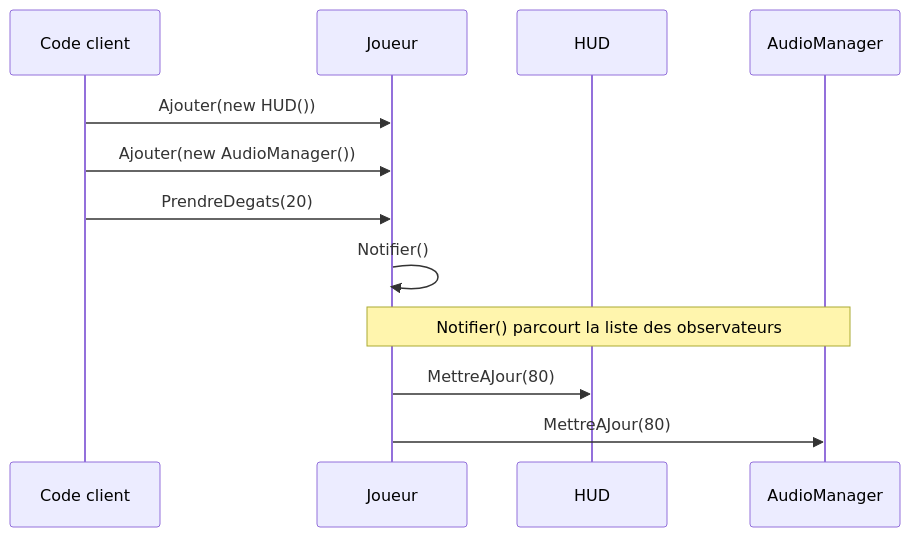
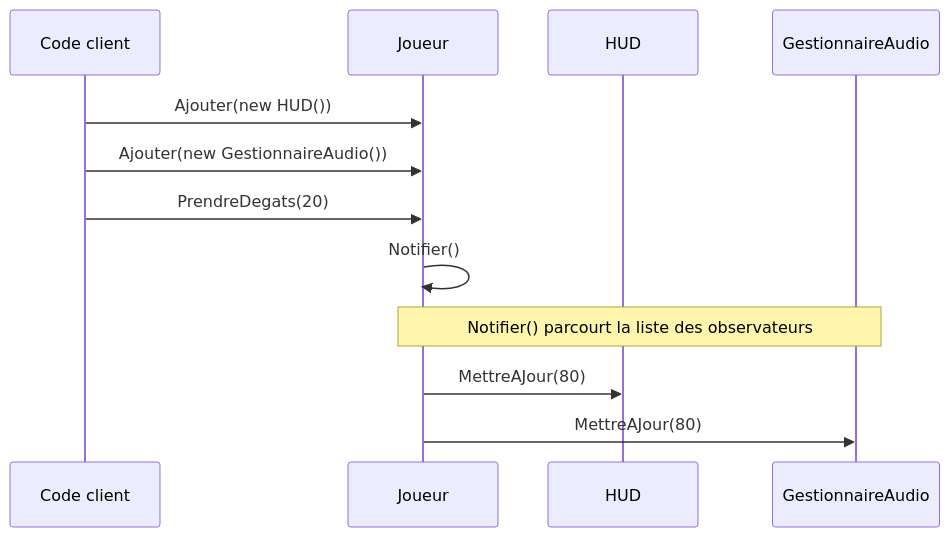
Before and after one commit to JulesGilli/object-oriented-programming-course: the second of 2 diagrams in Chapitre 2/Partie III — Patterns Comportementaux/7. Observer.md, drawn with Mermaid. The commit also changed other lines of this file and 24 other files, not shown here.

````diff
--- a/Chapitre 2/Partie III — Patterns Comportementaux/7. Observer.md
+++ b/Chapitre 2/Partie III — Patterns Comportementaux/7. Observer.md
@@ -187,14 +187,14 @@
 ```mermaid
 sequenceDiagram
     participant C as Code client
     participant J as Joueur
     participant H as HUD
-    participant A as AudioManager
+    participant A as GestionnaireAudio
     C->>J: Ajouter(new HUD())
-    C->>J: Ajouter(new AudioManager())
+    C->>J: Ajouter(new GestionnaireAudio())
     C->>J: PrendreDegats(20)
     J->>J: Notifier()
     Note over J,A: Notifier() parcourt la liste des observateurs
     J->>H: MettreAJour(80)
     J->>A: MettreAJour(80)
 ```
````
